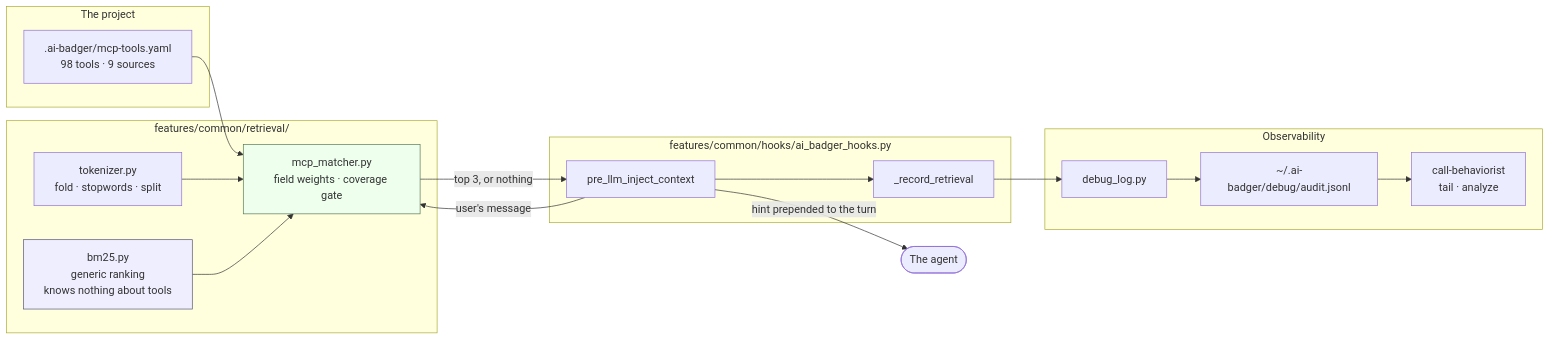
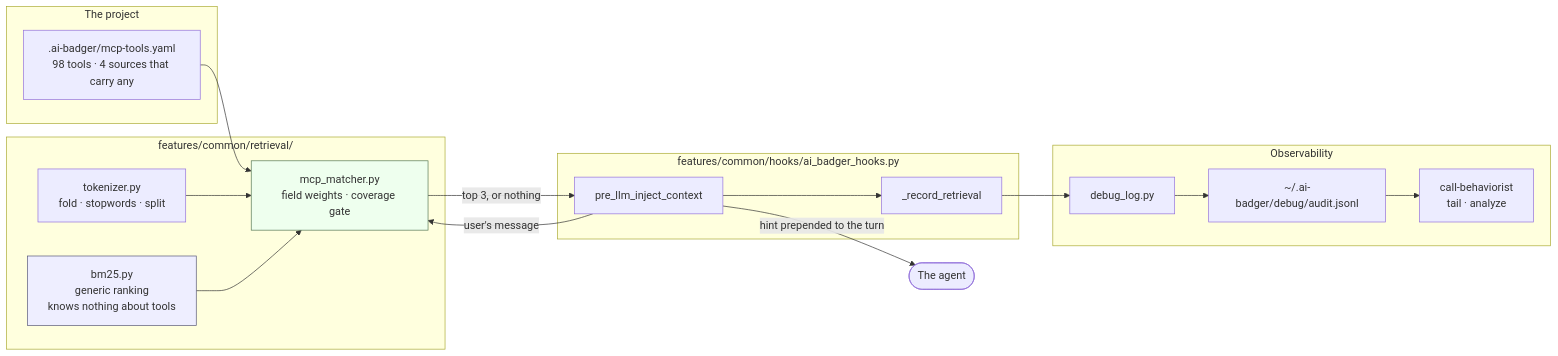
One commit to Arasz/ai-badger changed the first of 3 diagrams in docs/retrieval.md. Above: the diagram before and after it, drawn with Mermaid. The commit also changed other lines of this file and 1 other file, not shown here.

````diff
--- a/docs/retrieval.md
+++ b/docs/retrieval.md
@@ -43,34 +45,34 @@
 ```mermaid
 flowchart LR
     subgraph project["The project"]
-        idx[".ai-badger/mcp-tools.yaml<br/>98 tools · 9 sources"]
+        idx[".ai-badger/mcp-tools.yaml<br/>98 tools · 4 sources that carry any"]
     end
 
     subgraph retrieval["features/common/retrieval/"]
         tok["tokenizer.py<br/>fold · stopwords · split"]
         bm["bm25.py<br/>generic ranking<br/>knows nothing about tools"]
         mm["mcp_matcher.py<br/>field weights · coverage gate"]
     end
 
     subgraph hook["features/common/hooks/ai_badger_hooks.py"]
         enrich["pre_llm_inject_context"]
         rec["_record_retrieval"]
     end
 
     subgraph obs["Observability"]
         dl["debug_log.py"]
         audit["~/.ai-badger/debug/audit.jsonl"]
         beh["call-behaviorist<br/>tail · analyze"]
     end
 
     idx --> mm
     tok --> mm
     bm --> mm
     enrich -- "user's message" --> mm
     mm -- "top 3, or nothing" --> enrich
     enrich -- "hint prepended to the turn" --> agent(["The agent"])
     enrich --> rec --> dl --> audit --> beh
 
     style bm fill:#eef,stroke:#557
     style mm fill:#efe,stroke:#575
 ```
````
